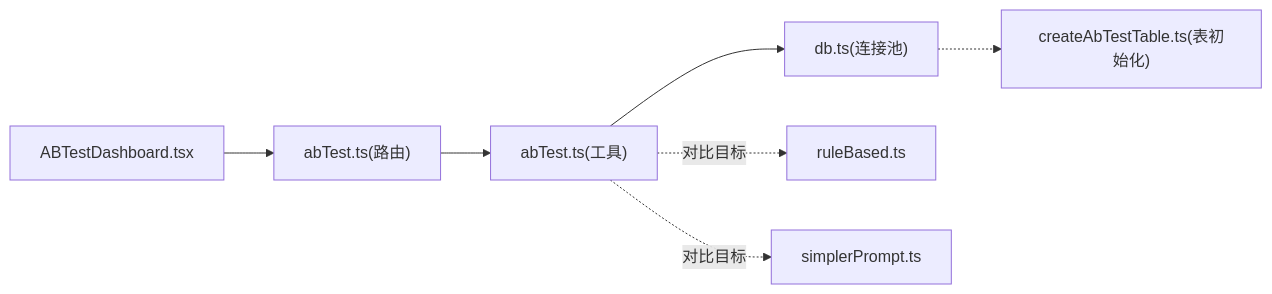
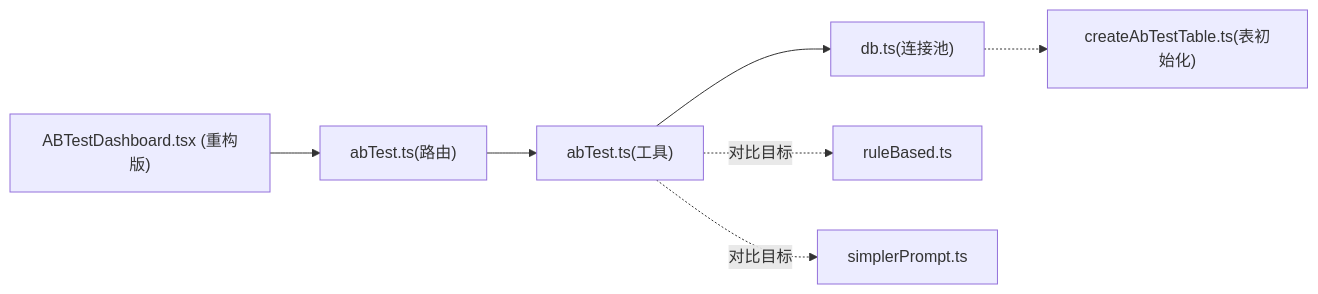
One commit to dgjin/smart-data-analytics changed the fourth of 4 diagrams in .qoder/repowiki/zh/content/AI与LLM集成/A_B测试框架.md. Above: the diagram before and after it, drawn with Mermaid. The commit also changed other lines of this file and 100 other files, not shown here.

````diff
--- a/.qoder/repowiki/zh/content/AI与LLM集成/A_B测试框架.md
+++ b/.qoder/repowiki/zh/content/AI与LLM集成/A_B测试框架.md
@@ -262,9 +275,9 @@
 ```mermaid
 graph LR
-FE["ABTestDashboard.tsx"] --> RT["abTest.ts(路由)"]
+FE["ABTestDashboard.tsx (重构版)"] --> RT["abTest.ts(路由)"]
 RT --> UT["abTest.ts(工具)"]
 UT --> DB["db.ts(连接池)"]
 DB -.-> DT["createAbTestTable.ts(表初始化)"]
 UT -.对比目标.-> RB["ruleBased.ts"]
 UT -.对比目标.-> SP["simplerPrompt.ts"]
 ```
````
